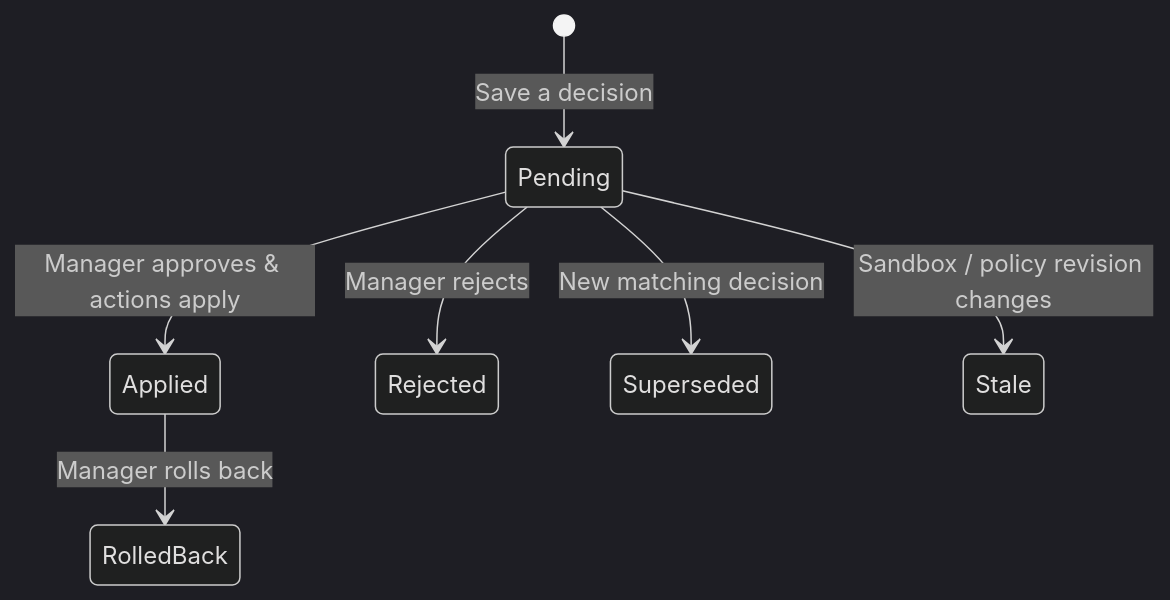
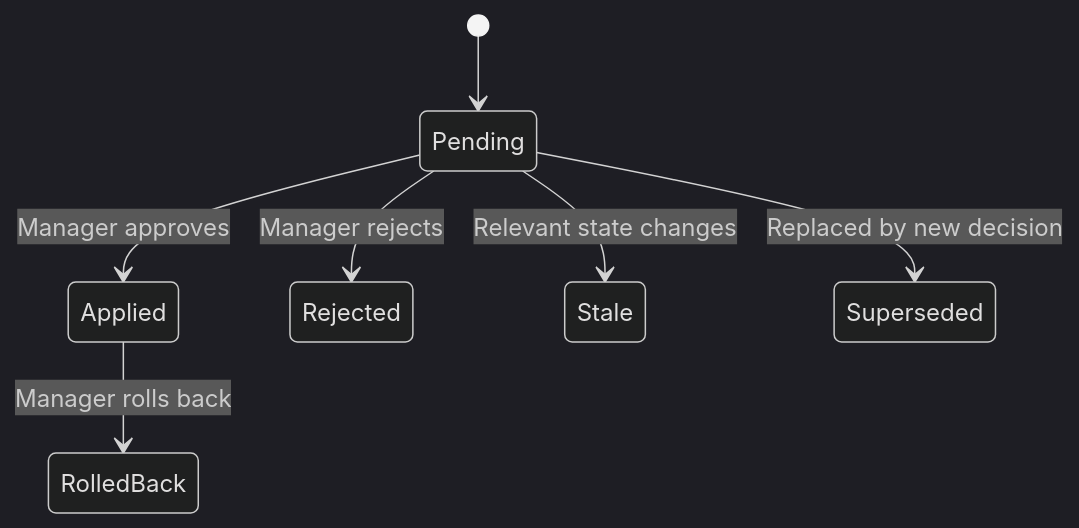
Before and after one commit to Hospital-Digital-Twin/Zawolf-Hospital-Digital-Twin: the second of 3 diagrams in README.md, drawn with Mermaid (dark theme). The commit also changed other lines of this file, not shown here.

````diff
--- a/README.md
+++ b/README.md
@@ -248,9 +630,12 @@
 ```mermaid
 stateDiagram-v2
-    [*] --> Pending: Save a decision
-    Pending --> Applied: Manager approves & actions apply
+
+    [*] --> Pending
+
+    Pending --> Applied: Manager approves
     Pending --> Rejected: Manager rejects
-    Pending --> Superseded: New matching decision
-    Pending --> Stale: Sandbox / policy revision changes
+    Pending --> Stale: Relevant state changes
+    Pending --> Superseded: Replaced by new decision
+
     Applied --> RolledBack: Manager rolls back
 ```
````
